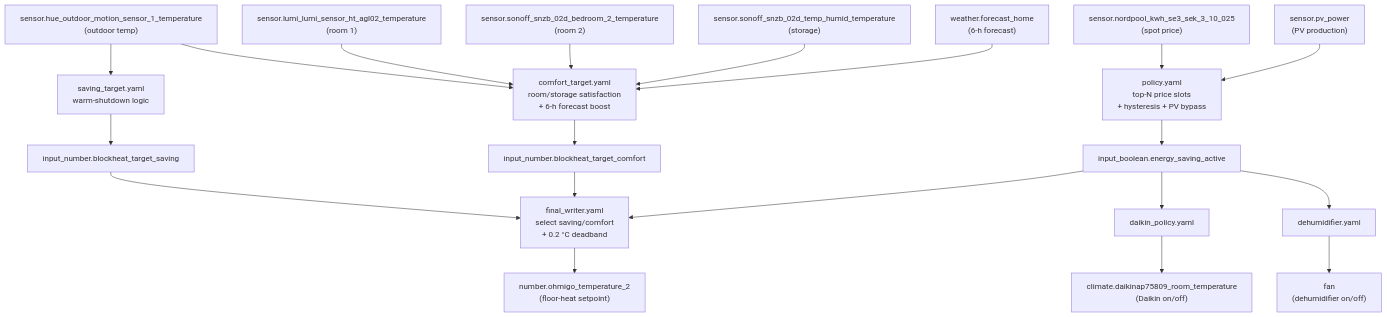
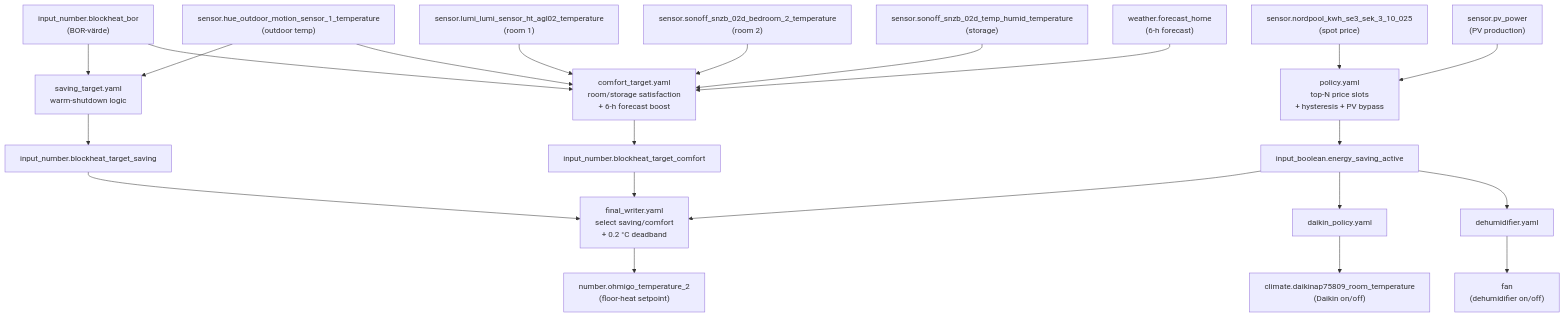
Before and after one commit to ohlsont/home-assistant-blueprints: the diagram in automations/README.md, drawn with Mermaid. The commit also changed other lines of this file and 6 other files, not shown here.

First line of the commit message:
feat: make BOR-värde configurable via input_number.blockheat_bor

````diff
--- a/automations/README.md
+++ b/automations/README.md
@@ -16,37 +16,41 @@
 ```mermaid
 flowchart TD
     nordpool["sensor.nordpool_kwh_se3_sek_3_10_025\n(spot price)"]
     pv["sensor.pv_power\n(PV production)"]
     outdoor["sensor.hue_outdoor_motion_sensor_1_temperature\n(outdoor temp)"]
     room1["sensor.lumi_lumi_sensor_ht_agl02_temperature\n(room 1)"]
     room2["sensor.sonoff_snzb_02d_bedroom_2_temperature\n(room 2)"]
     storage["sensor.sonoff_snzb_02d_temp_humid_temperature\n(storage)"]
     forecast["weather.forecast_home\n(6-h forecast)"]
 
     nordpool --> policy
     pv --> policy
     policy["policy.yaml\ntop-N price slots\n+ hysteresis + PV bypass"]
 
     policy --> flag["input_boolean.energy_saving_active"]
 
+    bor["input_number.blockheat_bor\n(BOR-värde)"]
+
+    bor --> saving_target
     outdoor --> saving_target["saving_target.yaml\nwarm-shutdown logic"]
     saving_target --> ib_saving["input_number.blockheat_target_saving"]
 
+    bor --> comfort_target
     outdoor --> comfort_target["comfort_target.yaml\nroom/storage satisfaction\n+ 6-h forecast boost"]
     room1 --> comfort_target
     room2 --> comfort_target
     storage --> comfort_target
     forecast --> comfort_target
     comfort_target --> ib_comfort["input_number.blockheat_target_comfort"]
 
     flag --> final_writer["final_writer.yaml\nselect saving/comfort\n+ 0.2 °C deadband"]
     ib_saving --> final_writer
     ib_comfort --> final_writer
     final_writer --> ohmigo["number.ohmigo_temperature_2\n(floor-heat setpoint)"]
 
     flag --> daikin_policy["daikin_policy.yaml"]
     daikin_policy --> daikin["climate.daikinap75809_room_temperature\n(Daikin on/off)"]
 
     flag --> dehumidifier["dehumidifier.yaml"]
     dehumidifier --> fan["fan\n(dehumidifier on/off)"]
 ```
````
